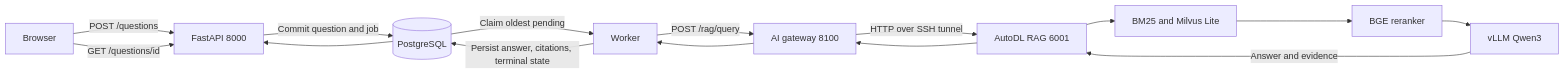
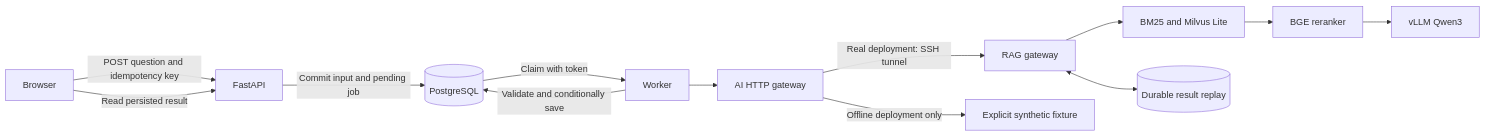
The diagram in docs/architecture.md (HBJZoyd/maie6000c), drawn with Mermaid before and after one commit. The commit also changed other lines of this file and 54 other files, not shown here.

Commit message:
Harden question processing and versioned RAG evidence

````diff
--- a/docs/architecture.md
+++ b/docs/architecture.md
@@ -26,17 +23,15 @@
-```mermaid
+~~~mermaid
 flowchart LR
-    UI[Browser] -->|POST /questions| API[FastAPI 8000]
-    API -->|Commit question and job| DB[(PostgreSQL)]
-    DB -->|Claim oldest pending| W[Worker]
-    W -->|POST /rag/query| AI[AI gateway 8100]
-    AI -->|HTTP over SSH tunnel| RAG[AutoDL RAG 6001]
+    UI[Browser] -->|POST question and idempotency key| API[FastAPI]
+    API -->|Commit input and pending job| DB[(PostgreSQL)]
+    DB -->|Claim with token| W[Worker]
+    W --> AI[AI HTTP gateway]
+    AI -->|Real deployment: SSH tunnel| RAG[RAG gateway]
     RAG --> RET[BM25 and Milvus Lite]
-    RET --> RERANK[BGE reranker]
-    RERANK --> LLM[vLLM Qwen3]
-    LLM -->|Answer and evidence| RAG
-    RAG --> AI
-    AI --> W
-    W -->|Persist answer, citations, terminal state| DB
-    UI -->|GET /questions/id| API
-    DB --> API
-```
+    RET --> RR[BGE reranker]
+    RR --> LLM[vLLM Qwen3]
+    RAG <--> CACHE[(Durable result replay)]
+    AI -->|Offline deployment only| F[Explicit synthetic fixture]
+    W -->|Validate and conditionally save| DB
+    UI -->|Read persisted result| API
+~~~
````
